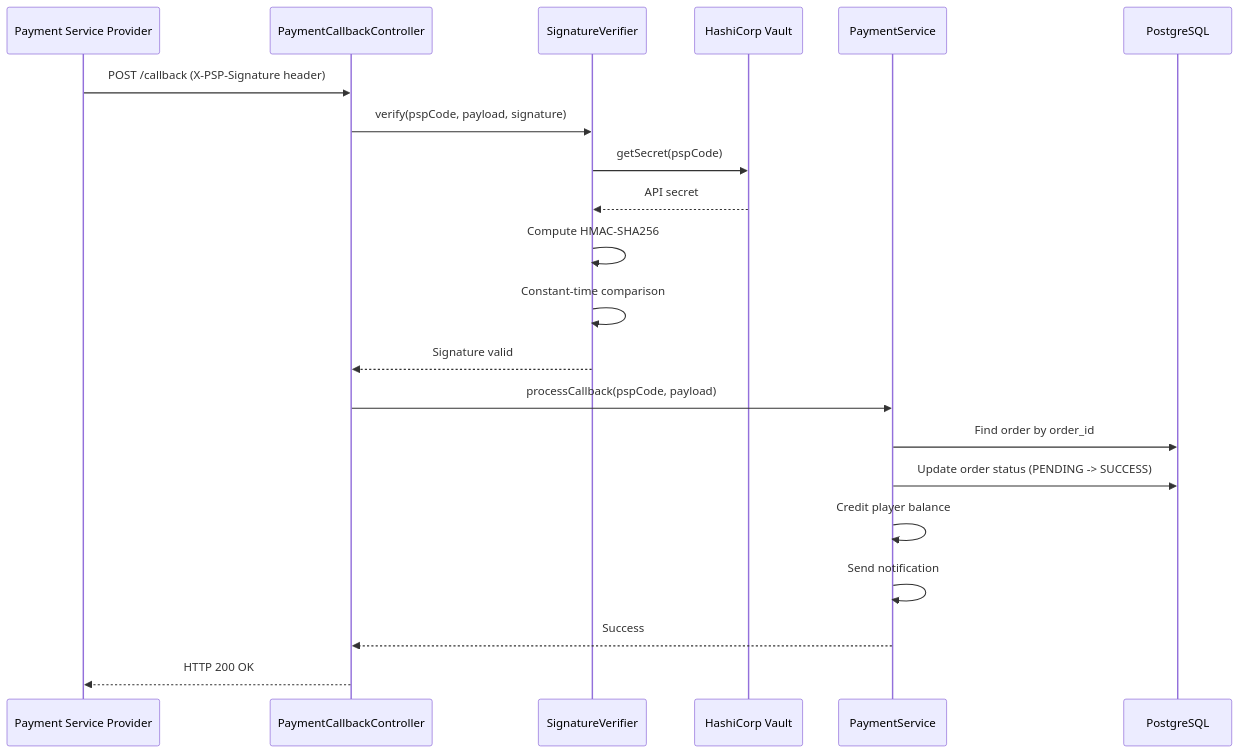
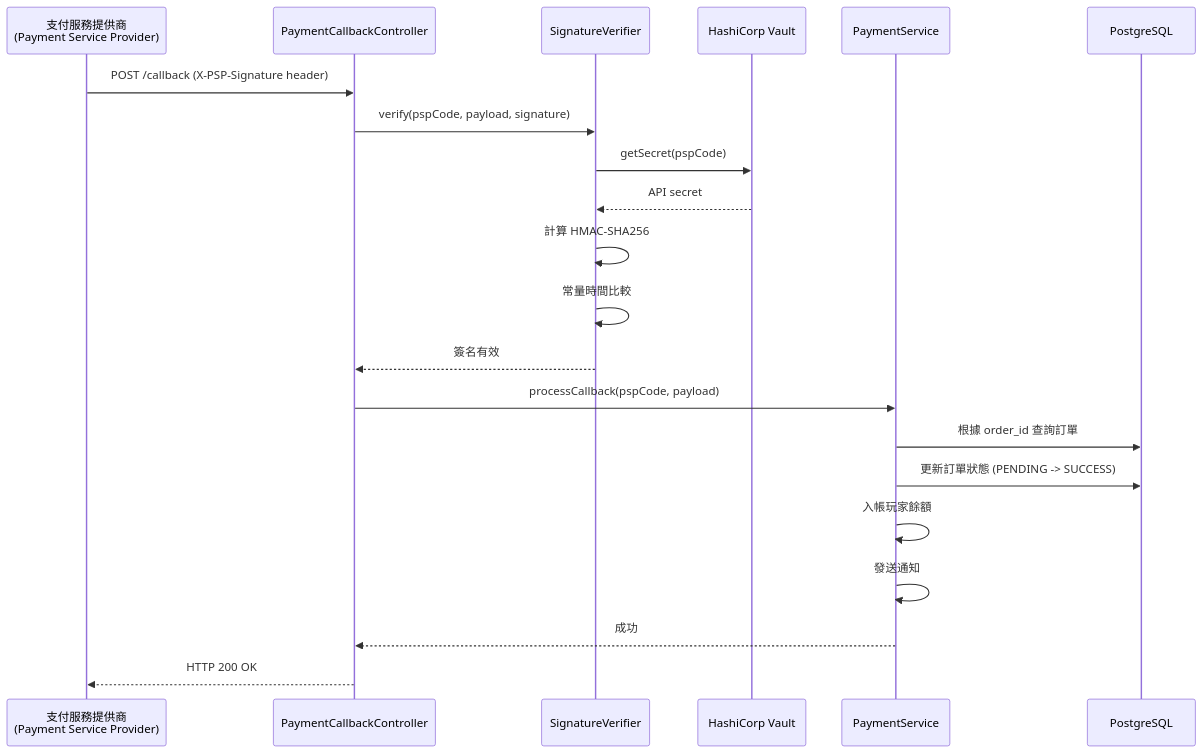
The first of 2 diagrams in docs/iGaming/architecture/02_Finance_Service/Payment_Gateway_Technical.md (ron03wlb/smart-admin), drawn with Mermaid before and after one commit. The commit also changed other lines of this file, not shown here.

First line of the commit message:
docs(iGaming): translate Payment_Gateway_Technical.md to Traditional Chinese

````diff
--- a/docs/iGaming/architecture/02_Finance_Service/Payment_Gateway_Technical.md
+++ b/docs/iGaming/architecture/02_Finance_Service/Payment_Gateway_Technical.md
@@ -155,26 +155,26 @@
 ```mermaid
 sequenceDiagram
-    participant PSP as Payment Service Provider
+    participant PSP as 支付服務提供商<br/>(Payment Service Provider)
     participant Controller as PaymentCallbackController
     participant Verifier as SignatureVerifier
     participant Vault as HashiCorp Vault
     participant Service as PaymentService
     participant DB as PostgreSQL
 
     PSP->>Controller: POST /callback (X-PSP-Signature header)
     Controller->>Verifier: verify(pspCode, payload, signature)
     Verifier->>Vault: getSecret(pspCode)
     Vault-->>Verifier: API secret
-    Verifier->>Verifier: Compute HMAC-SHA256
-    Verifier->>Verifier: Constant-time comparison
-    Verifier-->>Controller: Signature valid
+    Verifier->>Verifier: 計算 HMAC-SHA256
+    Verifier->>Verifier: 常量時間比較
+    Verifier-->>Controller: 簽名有效
 
     Controller->>Service: processCallback(pspCode, payload)
-    Service->>DB: Find order by order_id
-    Service->>DB: Update order status (PENDING -> SUCCESS)
-    Service->>Service: Credit player balance
-    Service->>Service: Send notification
-    Service-->>Controller: Success
+    Service->>DB: 根據 order_id 查詢訂單
+    Service->>DB: 更新訂單狀態 (PENDING -> SUCCESS)
+    Service->>Service: 入帳玩家餘額
+    Service->>Service: 發送通知
+    Service-->>Controller: 成功
 
     Controller-->>PSP: HTTP 200 OK
 ```
````
